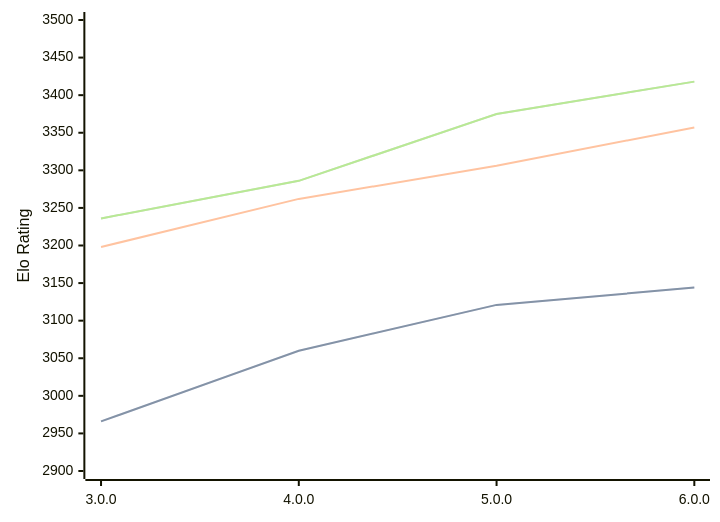
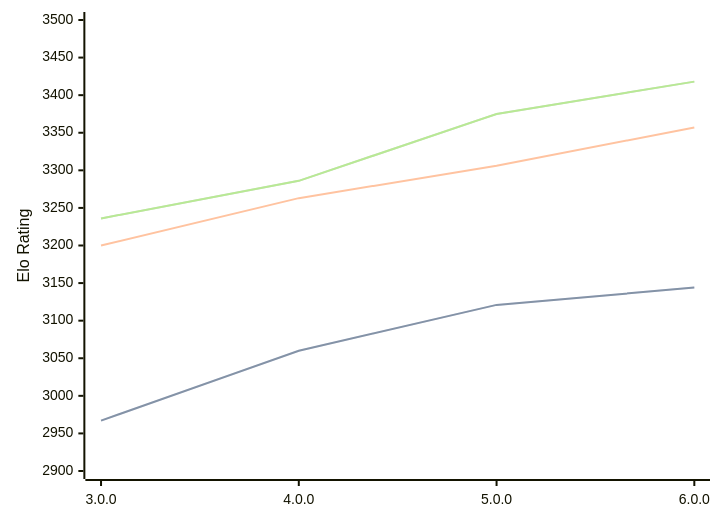
The diagram in engines/Minke.md (computer-chess-index/cci), drawn with Mermaid before and after one commit. The commit also changed other lines of this file, not shown here.

````diff
--- a/engines/Minke.md
+++ b/engines/Minke.md
@@ -34,11 +34,11 @@
 ```mermaid
 %%{init: {"theme":"base","themeVariables":{"seriesColors:['#a3a3a3','#222221','#faa371']}}}%%
 xychart-beta
   x-axis ["3.0.0", "4.0.0", "5.0.0", "6.0.0"]
   y-axis "Elo Rating" 2900 --> 3500
-  line "STC (8.0+0.08s)" [2966, 3060, 3121, 3144]
-  line "STC (8.0+0.08s)" [2966, 3060, 3121, 3144]
-  line "LTC (60.0+0.60s)" [3198, 3262, 3306, 3357]
+  line "STC (8.0+0.08s)" [2967, 3060, 3121, 3144]
+  line "STC (8.0+0.08s)" [2967, 3060, 3121, 3144]
+  line "LTC (60.0+0.60s)" [3200, 3263, 3306, 3357]
   line "VLTC (2m24s+1.12s)" [3236, 3286, 3375, 3418]
   line "VLTC (2m24s+1.12s)" [3236, 3286, 3375, 3418]
 ```
````
